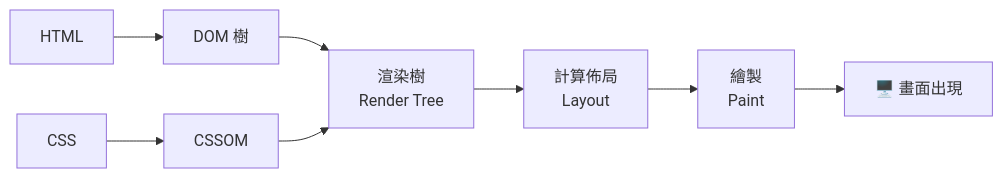
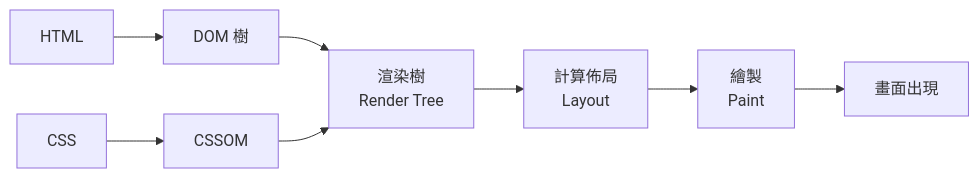
The diagram in src/content/posts/how-browser-renders-webpage.md (happyloa/Personal-Blog), drawn with Mermaid before and after one commit. The commit also changed 13 other files, not shown here.

Commit message:
修整文章格式與 Mermaid 圖表

````diff
--- a/src/content/posts/how-browser-renders-webpage.md
+++ b/src/content/posts/how-browser-renders-webpage.md
@@ -135,10 +135,10 @@
 ```mermaid
 flowchart LR
     A["HTML"] --> B["DOM 樹"]
     C["CSS"] --> D["CSSOM"]
     B --> E["渲染樹\nRender Tree"]
     D --> E
     E --> F["計算佈局\nLayout"]
     F --> G["繪製\nPaint"]
-    G --> H["🖥️ 畫面出現"]
+    G --> H["畫面出現"]
 ```
````
